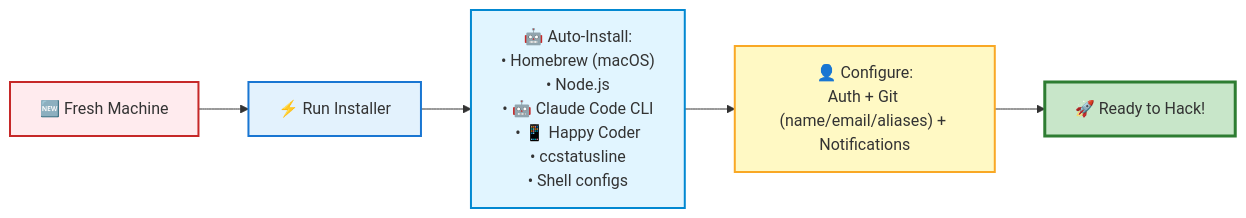
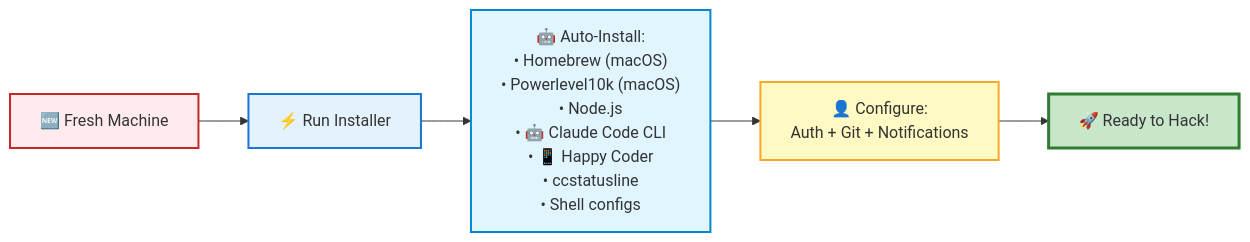
Before and after one commit to hancengiz/dotfiles: the diagram in README.md, drawn with Mermaid. The commit also changed other lines of this file and 16 other files, not shown here.

First line of the commit message:
Implement surgical shell installation with platform-specific configs

````diff
--- a/README.md
+++ b/README.md
@@ -5,13 +5,13 @@
 ```mermaid
 flowchart LR
     A["🆕 Fresh Machine"] --> B["⚡ Run Installer"]
-    B --> C["🤖 Auto-Install:<br/>• Homebrew (macOS)<br/>• Node.js<br/>• 🤖 Claude Code CLI<br/>• 📱 Happy Coder<br/>• ccstatusline<br/>• Shell configs"]
-    C --> D["👤 Configure:<br/>Auth + Git (name/email/aliases) + Notifications"]
+    B --> C["🤖 Auto-Install:<br/>• Homebrew (macOS)<br/>• Powerlevel10k (macOS)<br/>• Node.js<br/>• 🤖 Claude Code CLI<br/>• 📱 Happy Coder<br/>• ccstatusline<br/>• Shell configs"]
+    C --> D["👤 Configure:<br/>Auth + Git + Notifications"]
     D --> E["🚀 Ready to Hack!"]
 
     style A fill:#ffebee,stroke:#c62828,stroke-width:2px
     style B fill:#e3f2fd,stroke:#1976d2,stroke-width:2px
     style C fill:#e1f5ff,stroke:#0288d1,stroke-width:2px
     style D fill:#fff9c4,stroke:#f9a825,stroke-width:2px
     style E fill:#c8e6c9,stroke:#2e7d32,stroke-width:3px
 ```
````
